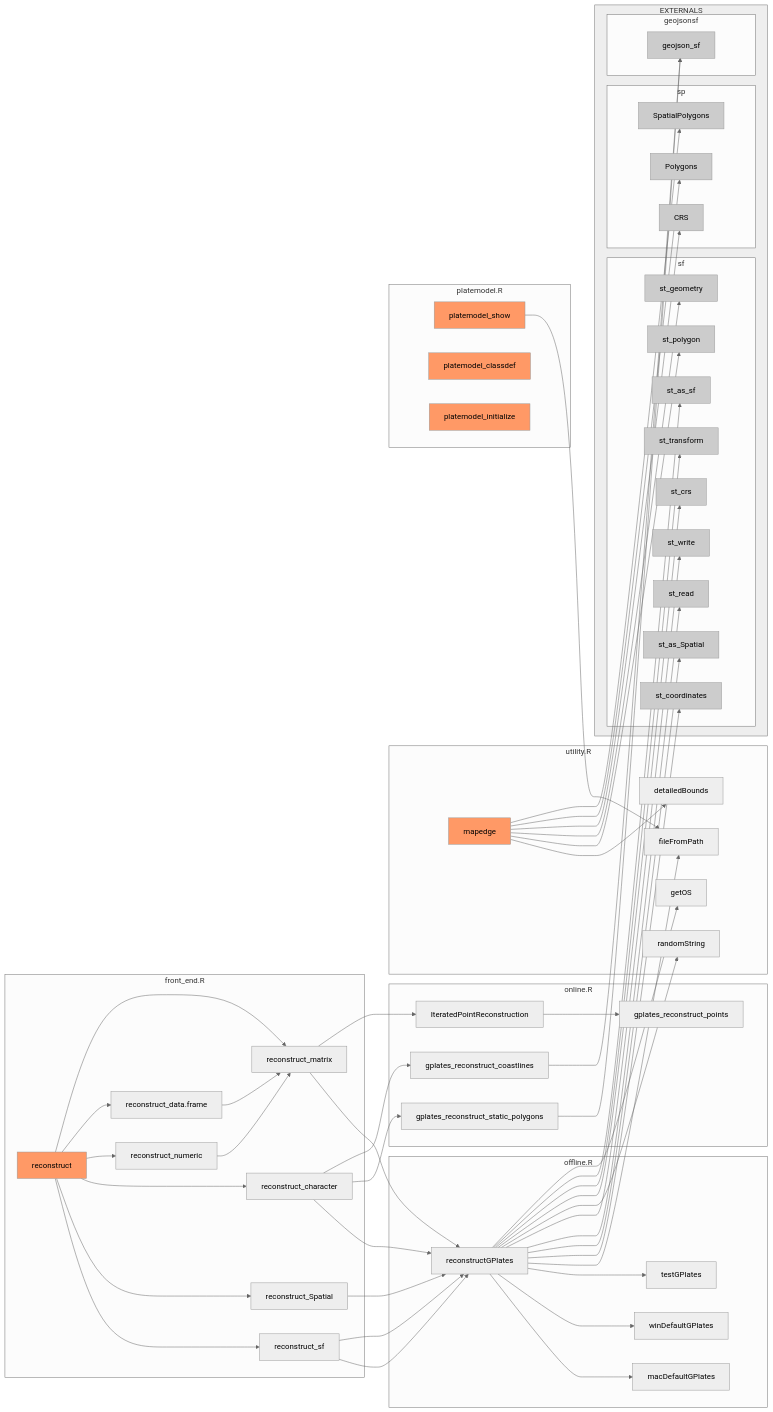
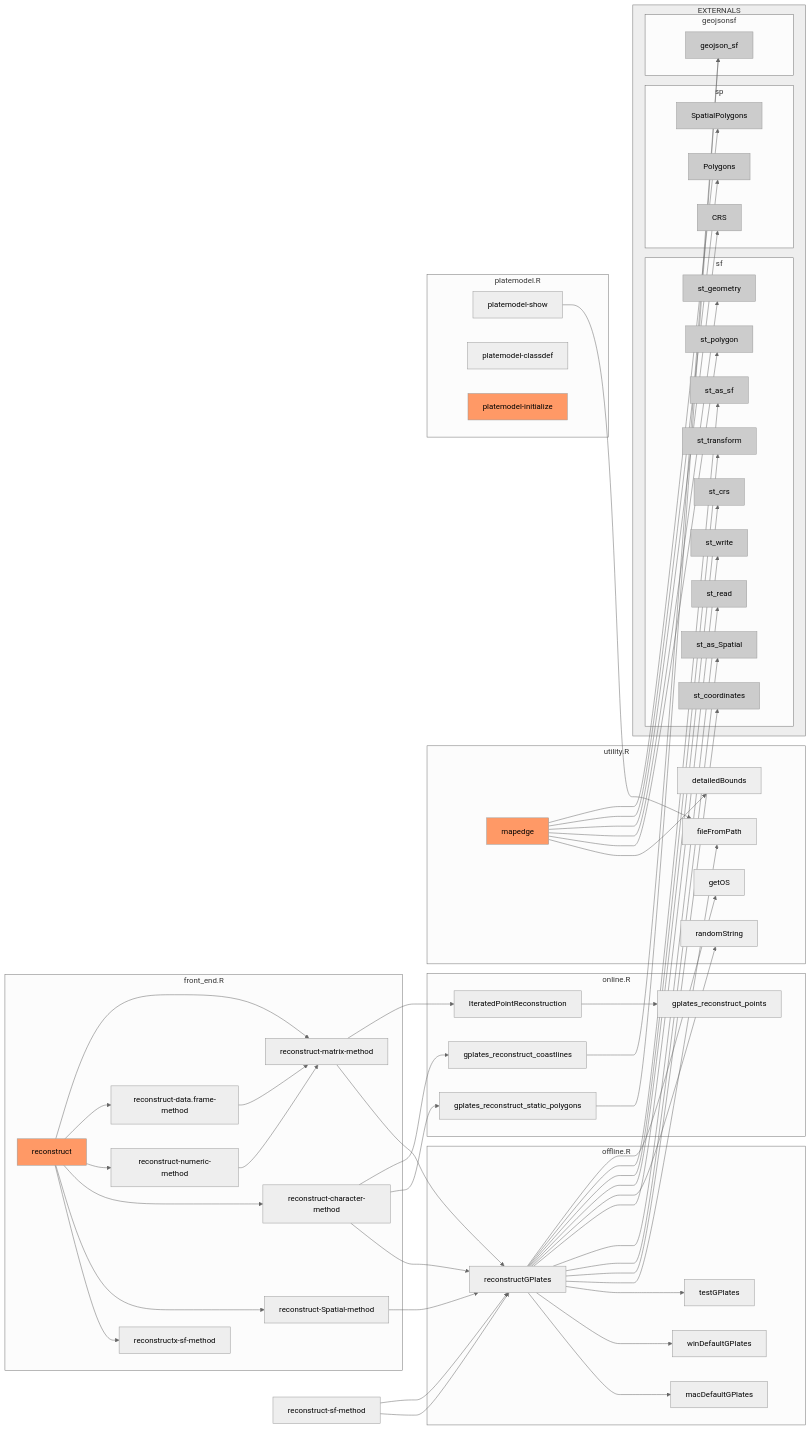
One commit to GPlates/rgplates changed the diagram in vignettes/internals.Rmd. Above: the diagram before and after it, drawn with Mermaid (neutral theme). The commit also changed other lines of this file and 26 other files, not shown here.

```diff
--- a/vignettes/internals.Rmd
+++ b/vignettes/internals.Rmd
@@ -41,25 +41,26 @@
   classDef extern fill:#CCC
   classDef ui fill:#f96
 
-  reconstruct_matrix-->IteratedPointReconstruction
-  reconstruct_matrix-->reconstructGPlates
-  reconstruct_sf-->reconstructGPlates
-  reconstruct_character-->gplates_reconstruct_coastlines
-  reconstruct_character-->gplates_reconstruct_static_polygons
-  reconstruct_character-->reconstructGPlates
-  reconstruct_Spatial-->reconstructGPlates
-  reconstruct_sf-->reconstructGPlates
+  reconstruct-matrix-method-->IteratedPointReconstruction
+  reconstruct-matrix-method-->reconstructGPlates
+  reconstruct-sf-method-->reconstructGPlates
+  reconstruct-character-method-->gplates_reconstruct_coastlines
+  reconstruct-character-method-->gplates_reconstruct_static_polygons
+  reconstruct-character-method-->reconstructGPlates
+  reconstruct-Spatial-method-->reconstructGPlates
+  reconstruct-sf-method-->reconstructGPlates
 
   subgraph front_end.R
 
-  reconstruct:::ui-->reconstruct_matrix
-  reconstruct-->reconstruct_data.frame
-  reconstruct-->reconstruct_numeric
-  reconstruct-->reconstruct_character
-  reconstruct-->reconstruct_Spatial
-  reconstruct-->reconstruct_sf
-  reconstruct_data.frame-->reconstruct_matrix
-  reconstruct_numeric-->reconstruct_matrix
+  reconstruct:::ui-->reconstruct-matrix-method
+  click reconstruct "../reference/reconstruct.html"
+  reconstruct-->reconstruct-data.frame-method
+  reconstruct-->reconstruct-numeric-method
+  reconstruct-->reconstruct-character-method
+  reconstruct-->reconstruct-Spatial-method
+  reconstruct-->reconstructx-sf-method
+  reconstruct-data.frame-method-->reconstruct-matrix-method
+  reconstruct-numeric-method-->reconstruct-matrix-method
 
   end
 
@@ -96,6 +97,7 @@
   end
   
   mapedge:::ui-->SpatialPolygons
+  click mapedge "../reference/mapedge.html"
   mapedge-->Polygons
   mapedge-->CRS
   mapedge-->st_geometry
@@ -111,12 +113,13 @@
   
   end
 
-  platemodel_show-->fileFromPath
+  platemodel-show-->fileFromPath
 
   subgraph platemodel.R
-  platemodel_classdef:::ui
-  platemodel_initialize:::ui
-  platemodel_show:::ui
+  platemodel-classdef
+  platemodel-initialize:::ui
+  click platemodel-initialize "../reference/platemodel.html"
+  platemodel-show
   end
 
   subgraph EXT[EXTERNALS]
```
